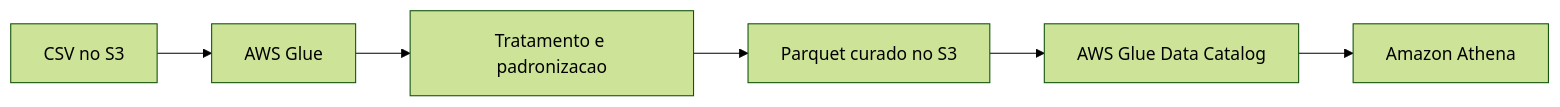
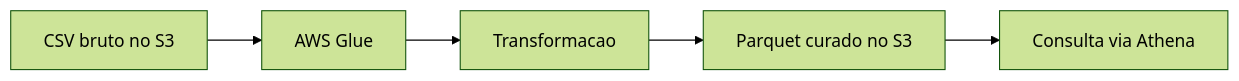
One commit to Ito-Santana/aws-dea-guia-estudos changed the diagram in fundamentos-engenharia-de-dados/etl.md. Above: the diagram before and after it, drawn with Mermaid (forest theme). The commit also changed other lines of this file, not shown here.

````diff
--- a/fundamentos-engenharia-de-dados/etl.md
+++ b/fundamentos-engenharia-de-dados/etl.md
@@ -91,8 +105,7 @@
 ```mermaid
 flowchart LR
-    A[CSV no S3] --> B[AWS Glue]
-    B --> C[Tratamento e padronizacao]
+    A[CSV bruto no S3] --> B[AWS Glue]
+    B --> C[Transformacao]
     C --> D[Parquet curado no S3]
-    D --> E[AWS Glue Data Catalog]
-    E --> F[Amazon Athena]
+    D --> E[Consulta via Athena]
 ```
````
